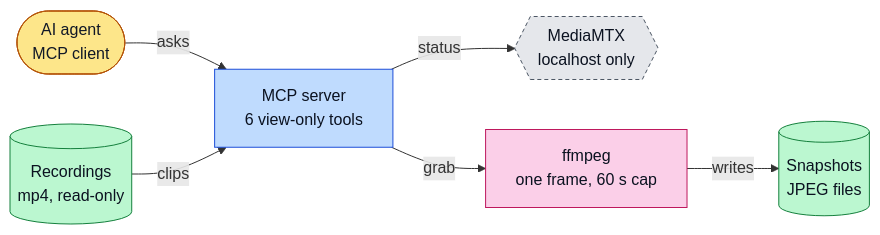
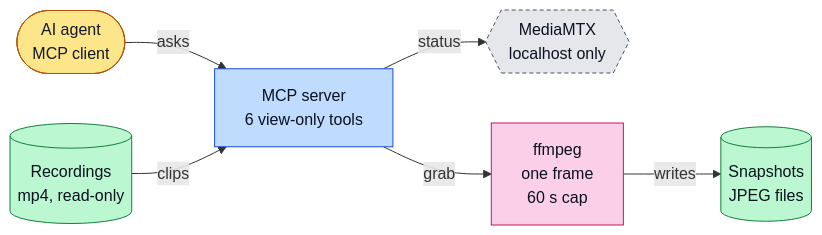
Before and after one commit to thefiredev-cloud/eufy-camera-mcp: the first of 7 diagrams in docs/ARCHITECTURE.md, drawn with Mermaid. The commit also changed other lines of this file and 12 other files, not shown here.

First line of the commit message:
docs(arch): drop owner home paths from diagrams; fix ffmpeg label wrap

````diff
--- a/docs/ARCHITECTURE.md
+++ b/docs/ARCHITECTURE.md
@@ -16,19 +16,19 @@
 ```mermaid
 flowchart LR
   agent(["AI agent<br/>MCP client"]):::actor
   server["MCP server<br/>6 view-only tools"]:::app
   mtx{{"MediaMTX<br/>localhost only"}}:::ext
-  ffmpeg["ffmpeg<br/>one frame, 60 s cap"]:::job
+  ffmpeg["ffmpeg<br/>one frame<br/>60 s cap"]:::job
   snaps[("Snapshots<br/>JPEG files")]:::store
   recs[("Recordings<br/>mp4, read-only")]:::store
   agent -->|"asks"| server
   server -->|"status"| mtx
   server -->|"grab"| ffmpeg
   ffmpeg -->|"writes"| snaps
   recs -->|"clips"| server
   classDef actor fill:#fde68a,stroke:#b45309,color:#111827
   classDef app fill:#bfdbfe,stroke:#1d4ed8,color:#0b1220
   classDef ext fill:#e5e7eb,stroke:#4b5563,color:#0b1220,stroke-dasharray:4 3
   classDef job fill:#fbcfe8,stroke:#be185d,color:#0b1220
   classDef store fill:#bbf7d0,stroke:#15803d,color:#0b1220
 ```
````
